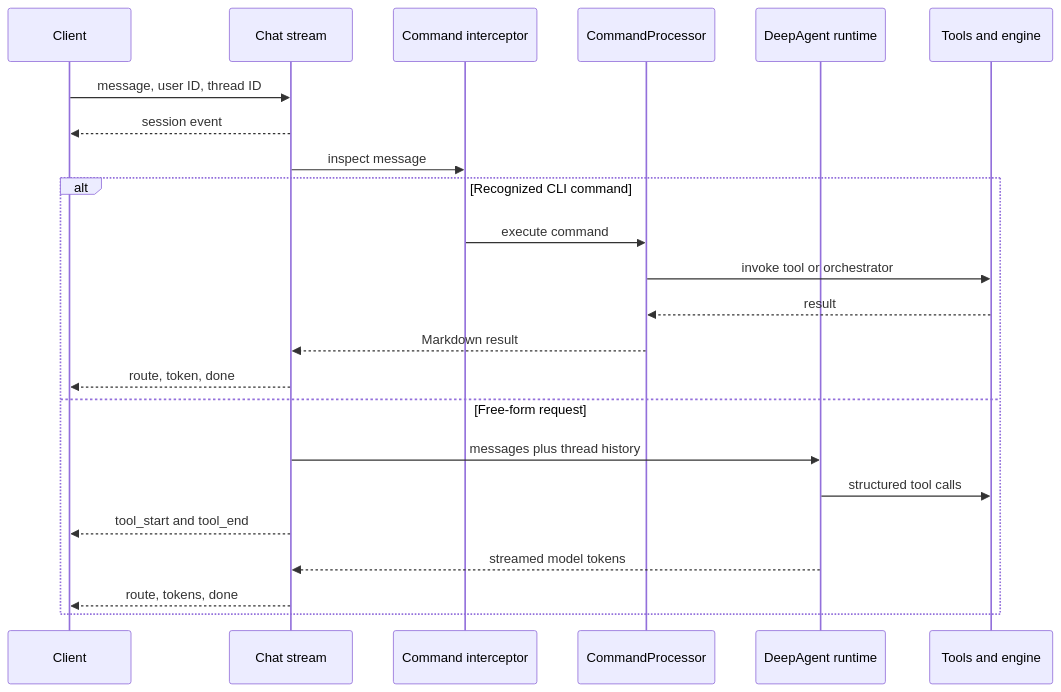
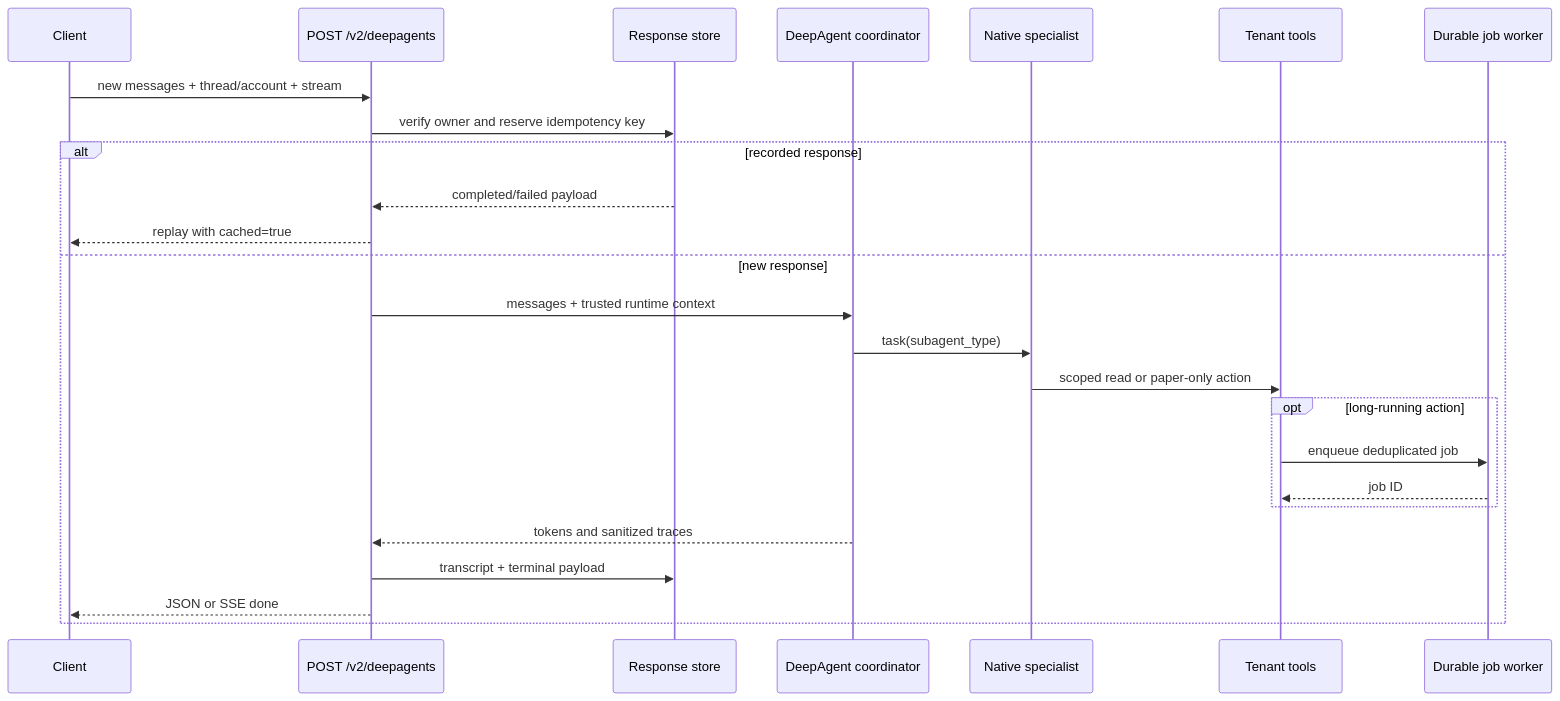
The second of 5 diagrams in docs/agent_architecture.md (predictivelabsai/alpatrade), drawn with Mermaid before and after one commit. The commit also changed other lines of this file and 33 other files, not shown here.

Commit message:
feat(api): add tenant-safe DeepAgents endpoint

````diff
--- a/docs/agent_architecture.md
+++ b/docs/agent_architecture.md
@@ -68,26 +74,28 @@
 ```mermaid
 sequenceDiagram
     participant U as Client
-    participant S as Chat stream
-    participant I as Command interceptor
-    participant C as CommandProcessor
-    participant A as DeepAgent runtime
-    participant T as Tools and engine
+    participant API as POST /v2/deepagents
+    participant P as Response store
+    participant A as DeepAgent coordinator
+    participant S as Native specialist
+    participant T as Tenant tools
+    participant J as Durable job worker
 
-    U->>S: message, user ID, thread ID
-    S-->>U: session event
-    S->>I: inspect message
-    alt Recognized CLI command
-        I->>C: execute command
-        C->>T: invoke tool or orchestrator
-        T-->>C: result
-        C-->>S: Markdown result
-        S-->>U: route, token, done
-    else Free-form request
-        S->>A: messages plus thread history
-        A->>T: structured tool calls
-        S-->>U: tool_start and tool_end
-        A-->>S: streamed model tokens
-        S-->>U: route, tokens, done
+    U->>API: new messages + thread/account + stream
+    API->>P: verify owner and reserve idempotency key
+    alt recorded response
+        P-->>API: completed/failed payload
+        API-->>U: replay with cached=true
+    else new response
+        API->>A: messages + trusted runtime context
+        A->>S: task(subagent_type)
+        S->>T: scoped read or paper-only action
+        opt long-running action
+            T->>J: enqueue deduplicated job
+            J-->>T: job ID
+        end
+        A-->>API: tokens and sanitized traces
+        API->>P: transcript + terminal payload
+        API-->>U: JSON or SSE done
     end
 ```
````
